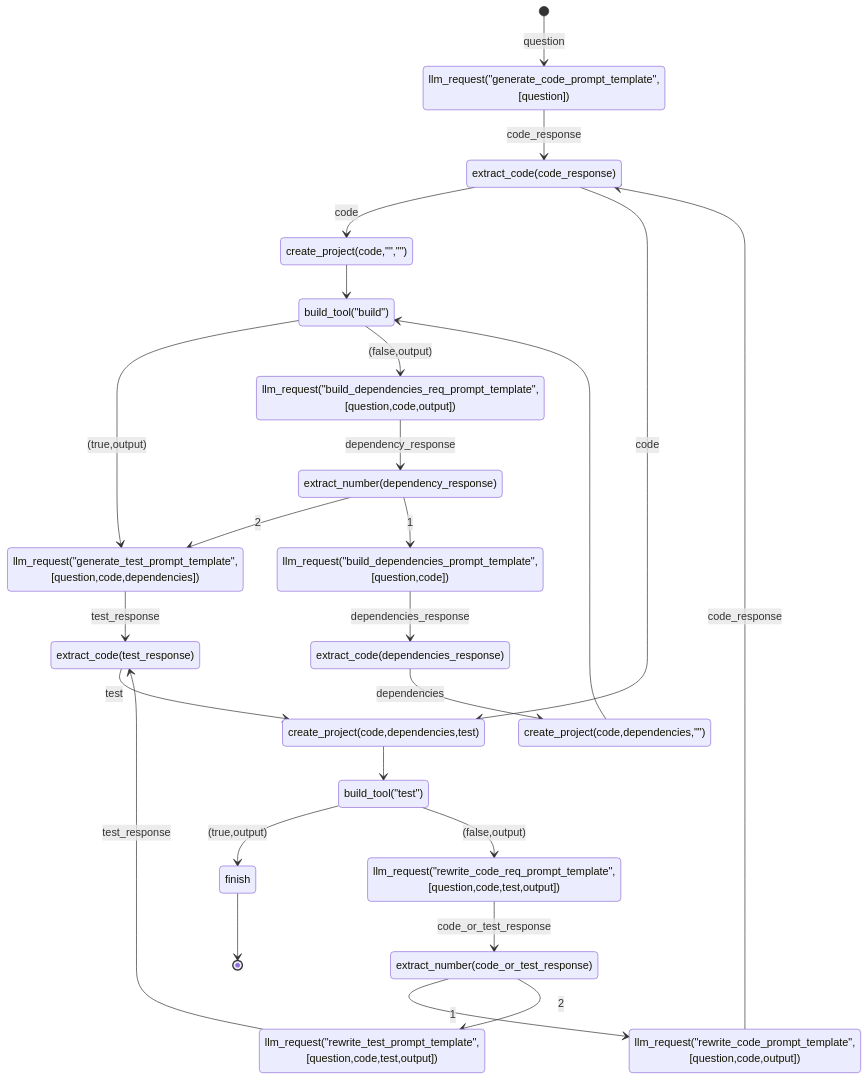
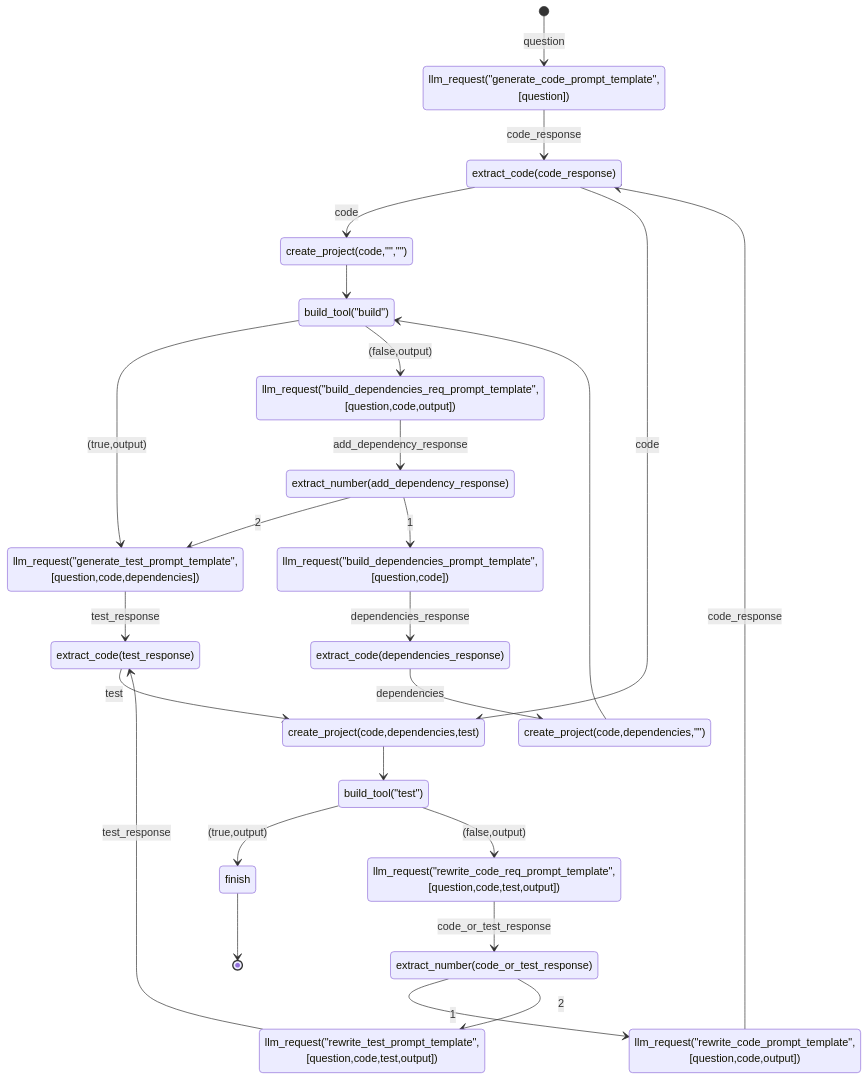
Before and after one commit to rizgan/LLM-Logic-Exec-Verify: the diagram in state.md, drawn with Mermaid.

Commit message:
state_machine

````diff
--- a/state.md
+++ b/state.md
@@ -1,27 +1,27 @@
 ```mermaid
 stateDiagram
 [*] --> llm_request("generate_code_prompt_template",[question]) : question
 llm_request("generate_code_prompt_template",[question]) --> extract_code(code_response) : code_response
 extract_code(code_response) --> create_project(code,"","") : code
 create_project(code,"","") --> build_tool("build")
 create_project(code,dependencies,"") --> build_tool("build")
 create_project(code,dependencies,test) --> build_tool("test")
 build_tool("test") --> finish : (true,output)
 build_tool("test") --> llm_request("rewrite_code_req_prompt_template",[question,code,test,output]) : (false,output)
 llm_request("rewrite_code_req_prompt_template",[question,code,test,output]) --> extract_number(code_or_test_response) : code_or_test_response
 extract_number(code_or_test_response) --> llm_request("rewrite_code_prompt_template",[question,code,output]) : 1
 extract_number(code_or_test_response) --> llm_request("rewrite_test_prompt_template",[question,code,test,output]) : 2
 llm_request("rewrite_test_prompt_template",[question,code,test,output]) --> extract_code(test_response) : test_response
 llm_request("rewrite_code_prompt_template",[question,code,output]) --> extract_code(code_response) : code_response
 extract_code(code_response) --> create_project(code,dependencies,test) : code
 build_tool("build") --> llm_request("generate_test_prompt_template",[question,code,dependencies]) : (true,output) 
 build_tool("build") --> llm_request("build_dependencies_req_prompt_template",[question,code,output]) : (false,output) 
-llm_request("build_dependencies_req_prompt_template",[question,code,output])  --> extract_number(dependency_response) : dependency_response
-extract_number(dependency_response) --> llm_request("generate_test_prompt_template",[question,code,dependencies]) : 2
-extract_number(dependency_response) --> llm_request("build_dependencies_prompt_template",[question,code]) : 1
+llm_request("build_dependencies_req_prompt_template",[question,code,output])  --> extract_number(add_dependency_response) : add_dependency_response
+extract_number(add_dependency_response) --> llm_request("generate_test_prompt_template",[question,code,dependencies]) : 2
+extract_number(add_dependency_response) --> llm_request("build_dependencies_prompt_template",[question,code]) : 1
 llm_request("build_dependencies_prompt_template",[question,code]) --> extract_code(dependencies_response) : dependencies_response
 extract_code(dependencies_response) --> create_project(code,dependencies,"") : dependencies 
 llm_request("generate_test_prompt_template",[question,code,dependencies]) --> extract_code(test_response) : test_response
 extract_code(test_response) --> create_project(code,dependencies,test) : test
 finish --> [*]
 ```
````
